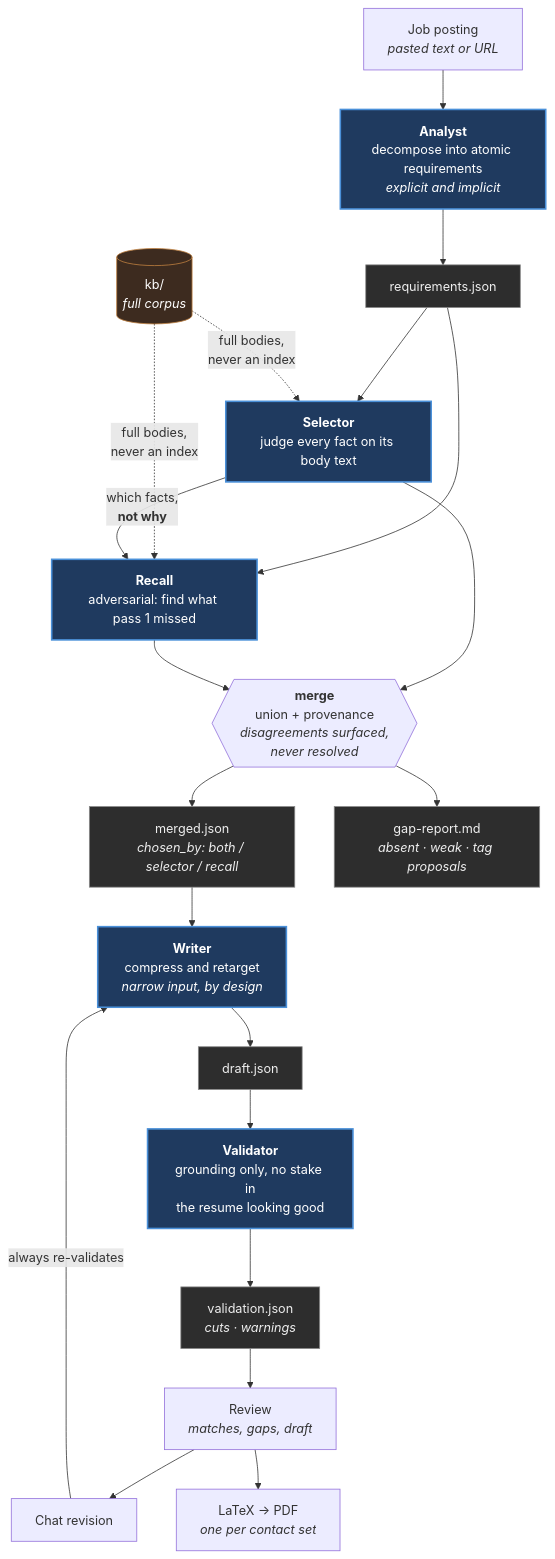
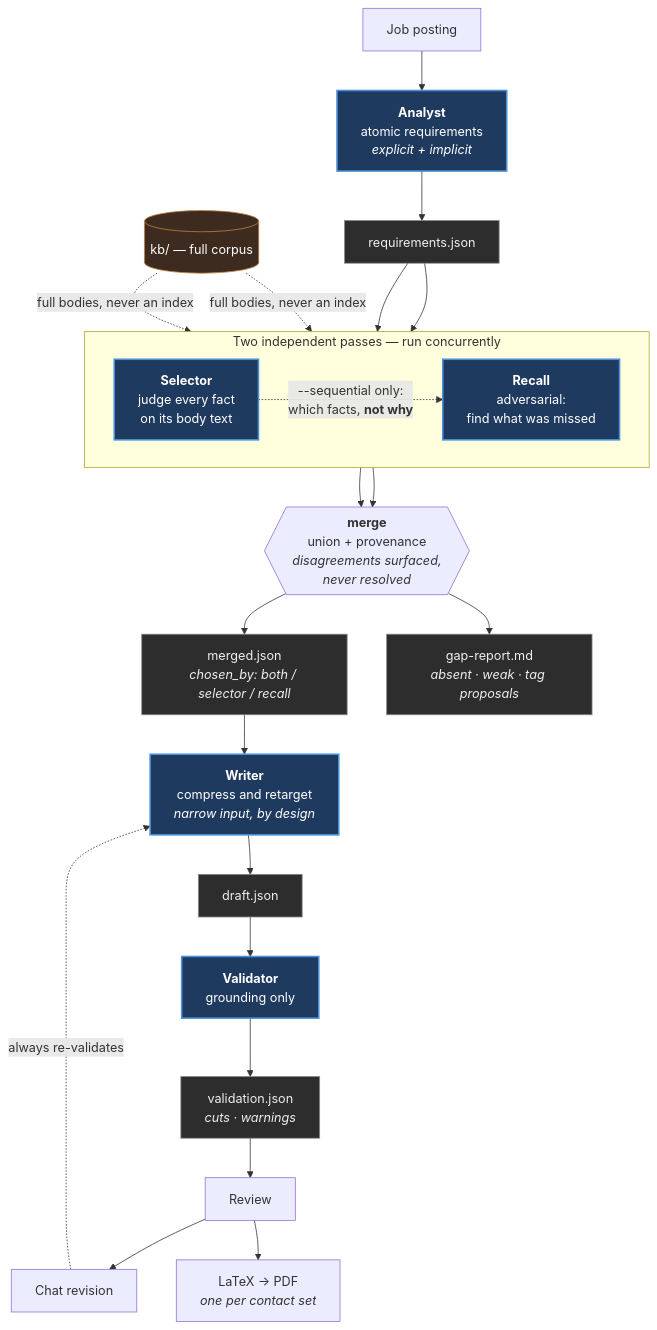
Before and after one commit to akshaytecholas-tester/resume-modifier: the first of 3 diagrams in README.md, drawn with Mermaid. The commit also changed other lines of this file, not shown here.

Commit message:
docs: fix the pipeline diagram's parallelism and mode conflation
Rendering the Mermaid rather than only checking its syntax showed two problems
in the pipeline diagram, both of which a structural check could not catch.

The Selector and Recall rendered stacked, which reads as sequential and
undercuts the one thing that diagram exists to show. They are now in a labelled
subgraph so the grouping carries it even where Mermaid's layout does not.

Worse, the edge from Selector to Recall was drawn unconditionally. That edge
only exists under `--sequential`: by default the two run concurrently and
Recall judges the corpus blind. The diagram was describing a mode the default
path does not take. It is now dotted and labelled as the sequential option, and
the prose beneath says what each mode trades.

Verified by rendering all three with mermaid-cli and reading them, which is
also how both of these were found.

````diff
--- a/README.md
+++ b/README.md
@@ -46,39 +46,41 @@
 ```mermaid
 flowchart TD
-    JD["Job posting<br/><i>pasted text or URL</i>"]
-    KB[("kb/<br/><i>full corpus</i>")]
+    JD["Job posting"] --> ANALYST["<b>Analyst</b><br/>atomic requirements<br/><i>explicit + implicit</i>"]
+    ANALYST --> REQ["requirements.json"]
+    KB[("kb/ — full corpus")]
 
-    JD --> ANALYST["<b>Analyst</b><br/>decompose into atomic requirements<br/><i>explicit and implicit</i>"]
-    ANALYST --> REQ["requirements.json"]
+    subgraph passes["Two independent passes — run concurrently"]
+        direction LR
+        SELECTOR["<b>Selector</b><br/>judge every fact<br/>on its body text"]
+        RECALL["<b>Recall</b><br/>adversarial:<br/>find what was missed"]
+    end
 
-    REQ --> SELECTOR["<b>Selector</b><br/>judge every fact on its body text"]
-    REQ --> RECALL["<b>Recall</b><br/>adversarial: find what pass 1 missed"]
-
-    KB -.->|"full bodies,<br/>never an index"| SELECTOR
-    KB -.->|"full bodies,<br/>never an index"| RECALL
-    SELECTOR -->|"which facts,<br/><b>not why</b>"| RECALL
+    REQ --> SELECTOR
+    REQ --> RECALL
+    KB -.->|"full bodies, never an index"| SELECTOR
+    KB -.->|"full bodies, never an index"| RECALL
+    SELECTOR -.->|"--sequential only:<br/>which facts, <b>not why</b>"| RECALL
 
     SELECTOR --> MERGE{{"<b>merge</b><br/>union + provenance<br/><i>disagreements surfaced,<br/>never resolved</i>"}}
     RECALL --> MERGE
 
     MERGE --> SELECTION["merged.json<br/><i>chosen_by: both / selector / recall</i>"]
     MERGE --> GAPS["gap-report.md<br/><i>absent · weak · tag proposals</i>"]
 
     SELECTION --> WRITER["<b>Writer</b><br/>compress and retarget<br/><i>narrow input, by design</i>"]
     WRITER --> DRAFT["draft.json"]
-
-    DRAFT --> VALIDATOR["<b>Validator</b><br/>grounding only, no stake in<br/>the resume looking good"]
+    DRAFT --> VALIDATOR["<b>Validator</b><br/>grounding only"]
     VALIDATOR --> VALIDATION["validation.json<br/><i>cuts · warnings</i>"]
 
-    VALIDATION --> REVIEW["Review<br/><i>matches, gaps, draft</i>"]
+    VALIDATION --> REVIEW["Review"]
     REVIEW --> CHAT["Chat revision"]
-    CHAT -->|"always re-validates"| WRITER
+    CHAT -.->|"always re-validates"| WRITER
     REVIEW --> RENDER["LaTeX → PDF<br/><i>one per contact set</i>"]
 
     classDef agent fill:#1f3a5f,stroke:#4a90d9,stroke-width:2px,color:#fff
     classDef artifact fill:#2d2d2d,stroke:#888,color:#eee
     classDef store fill:#3d2b1f,stroke:#c08040,color:#fff
     class ANALYST,SELECTOR,RECALL,WRITER,VALIDATOR agent
     class REQ,SELECTION,DRAFT,VALIDATION,GAPS artifact
     class KB store
 ```
````
